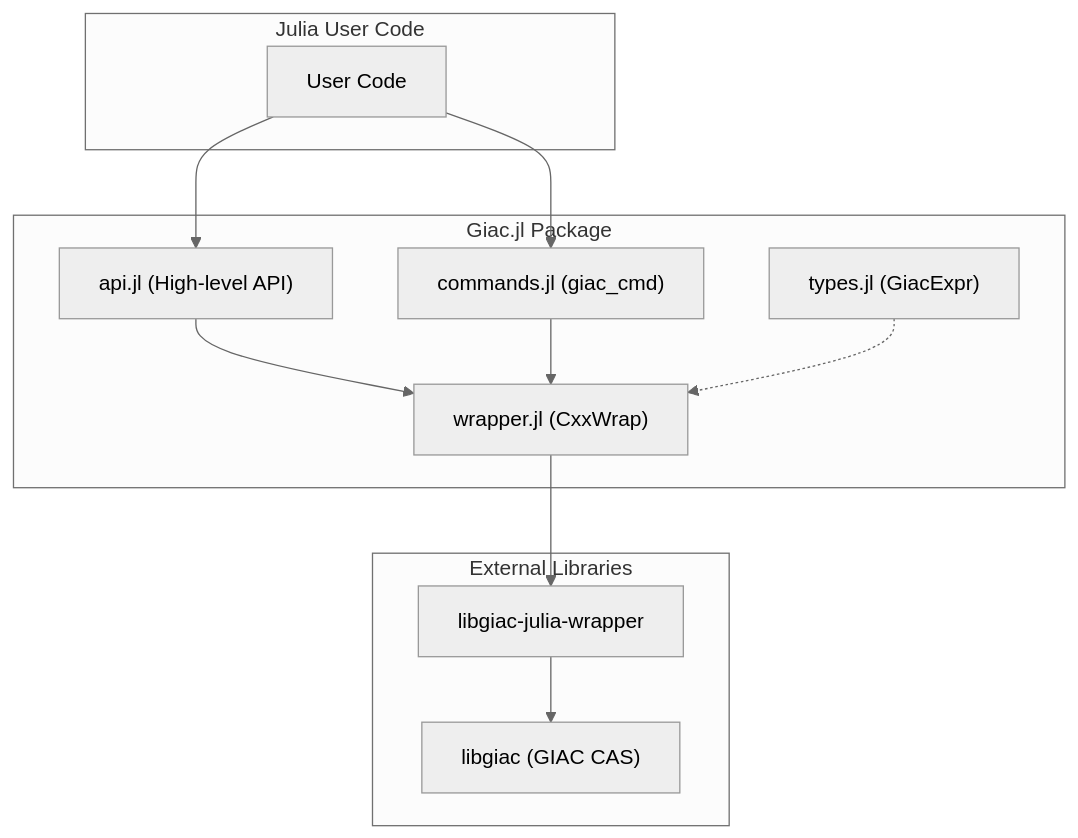
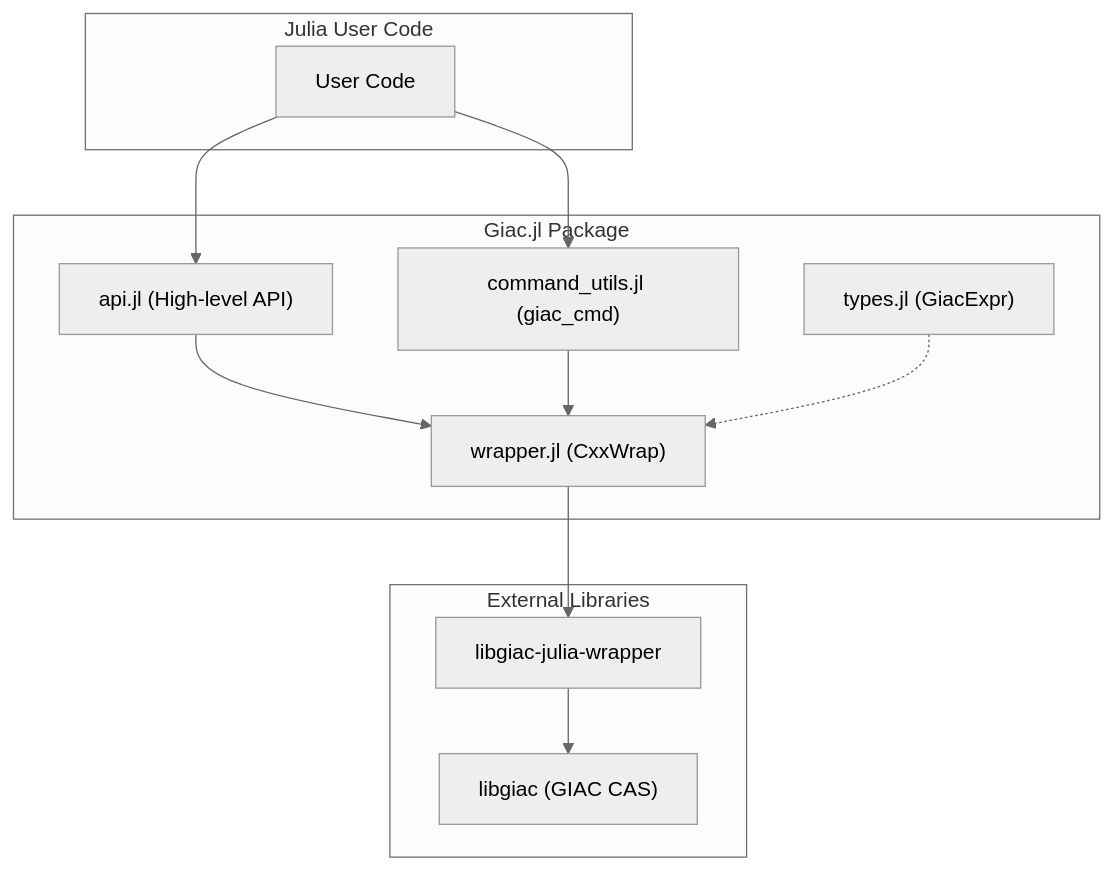
The first of 5 diagrams in docs/src/developer/architecture.md (s-celles/Giac.jl), drawn with Mermaid (neutral theme) before and after one commit. The commit also changed other lines of this file and 5 other files, not shown here.

First line of the commit message:
refactor: rename commands.jl to command_utils.jl for cross-platform compatibility

````diff
--- a/docs/src/developer/architecture.md
+++ b/docs/src/developer/architecture.md
@@ -9,26 +9,26 @@
 ```mermaid
 graph TB
     subgraph Julia_User_Code["Julia User Code"]
         A[User Code]
     end
 
     subgraph Giac_jl_Package["Giac.jl Package"]
         B["api.jl (High-level API)"]
-        C["commands.jl (giac_cmd)"]
+        C["command_utils.jl (giac_cmd)"]
         D["wrapper.jl (CxxWrap)"]
         E["types.jl (GiacExpr)"]
     end
 
     subgraph External_Libraries["External Libraries"]
         F["libgiac-julia-wrapper"]
         G["libgiac (GIAC CAS)"]
     end
 
     A --> B
     A --> C
     B --> D
     C --> D
     D --> F
     F --> G
     E -.-> D
 ```
````
